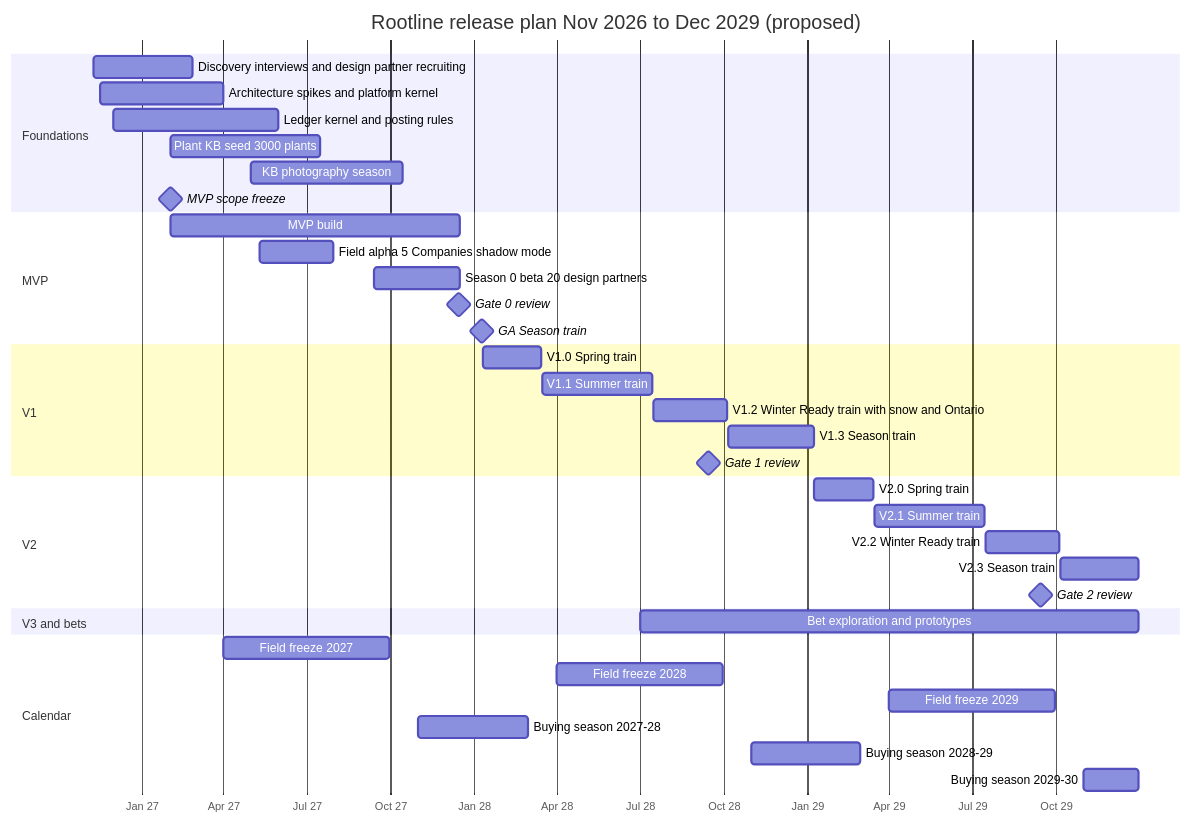
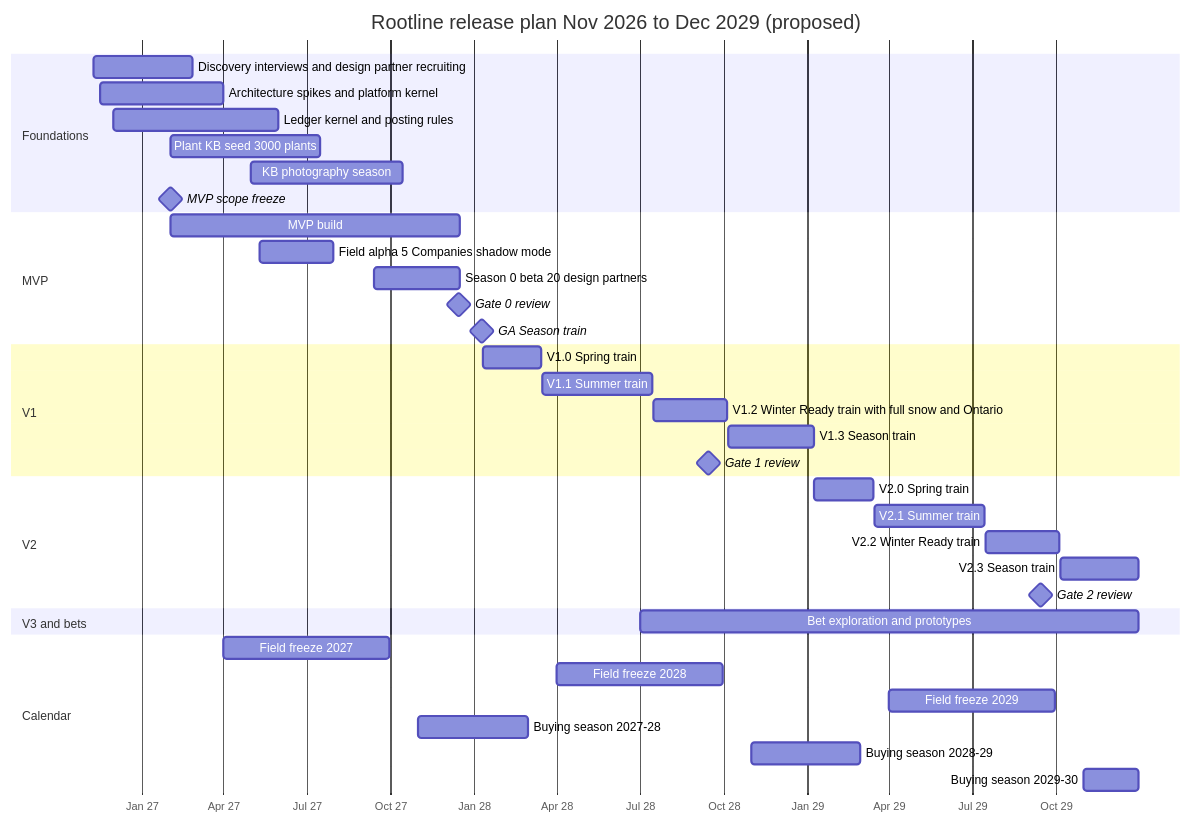
Before and after one commit to jdinard/landscape: the first of 2 diagrams in docs/24-roadmap-feature-catalog.md, drawn with Mermaid. The commit also changed other lines of this file and 4 other files, not shown here.

````diff
--- a/docs/24-roadmap-feature-catalog.md
+++ b/docs/24-roadmap-feature-catalog.md
@@ -1179,41 +1182,41 @@
 ```mermaid
 gantt
     title Rootline release plan Nov 2026 to Dec 2029 (proposed)
     dateFormat YYYY-MM-DD
     axisFormat %b %y
     todayMarker off
     section Foundations
     Discovery interviews and design partner recruiting :f1, 2026-11-09, 2027-02-26
     Architecture spikes and platform kernel             :f2, 2026-11-16, 2027-03-31
     Ledger kernel and posting rules                     :f3, 2026-12-01, 2027-05-31
     Plant KB seed 3000 plants                           :f4, 2027-02-01, 2027-07-16
     KB photography season                               :f5, 2027-05-01, 2027-10-15
     MVP scope freeze                                    :milestone, m0, 2027-02-01, 0d
     section MVP
     MVP build                                           :b1, 2027-02-01, 2027-12-17
     Field alpha 5 Companies shadow mode                 :b2, 2027-05-10, 2027-07-30
     Season 0 beta 20 design partners                    :b3, 2027-09-13, 2027-12-17
     Gate 0 review                                       :milestone, m1, 2027-12-15, 0d
     GA Season train                                     :milestone, m2, 2028-01-10, 0d
     section V1
     V1.0 Spring train                                   :v10, 2028-01-11, 2028-03-15
     V1.1 Summer train                                   :v11, 2028-03-16, 2028-07-15
-    V1.2 Winter Ready train with snow and Ontario       :v12, 2028-07-16, 2028-10-05
+    V1.2 Winter Ready train with full snow and Ontario  :v12, 2028-07-16, 2028-10-05
     V1.3 Season train                                   :v13, 2028-10-06, 2029-01-08
     Gate 1 review                                       :milestone, m3, 2028-09-15, 0d
     section V2
     V2.0 Spring train                                   :v20, 2029-01-09, 2029-03-15
     V2.1 Summer train                                   :v21, 2029-03-16, 2029-07-15
     V2.2 Winter Ready train                             :v22, 2029-07-16, 2029-10-05
     V2.3 Season train                                   :v23, 2029-10-06, 2029-12-31
     Gate 2 review                                       :milestone, m4, 2029-09-15, 0d
     section V3 and bets
     Bet exploration and prototypes                      :x1, 2028-07-01, 2029-12-31
     section Calendar
     Field freeze 2027                                   :c1, 2027-04-01, 2027-09-30
     Field freeze 2028                                   :c2, 2028-04-01, 2028-09-30
     Field freeze 2029                                   :c3, 2029-04-01, 2029-09-30
     Buying season 2027-28                               :c4, 2027-11-01, 2028-02-29
     Buying season 2028-29                               :c5, 2028-11-01, 2029-02-28
     Buying season 2029-30                               :c6, 2029-11-01, 2029-12-31
 ```
````
